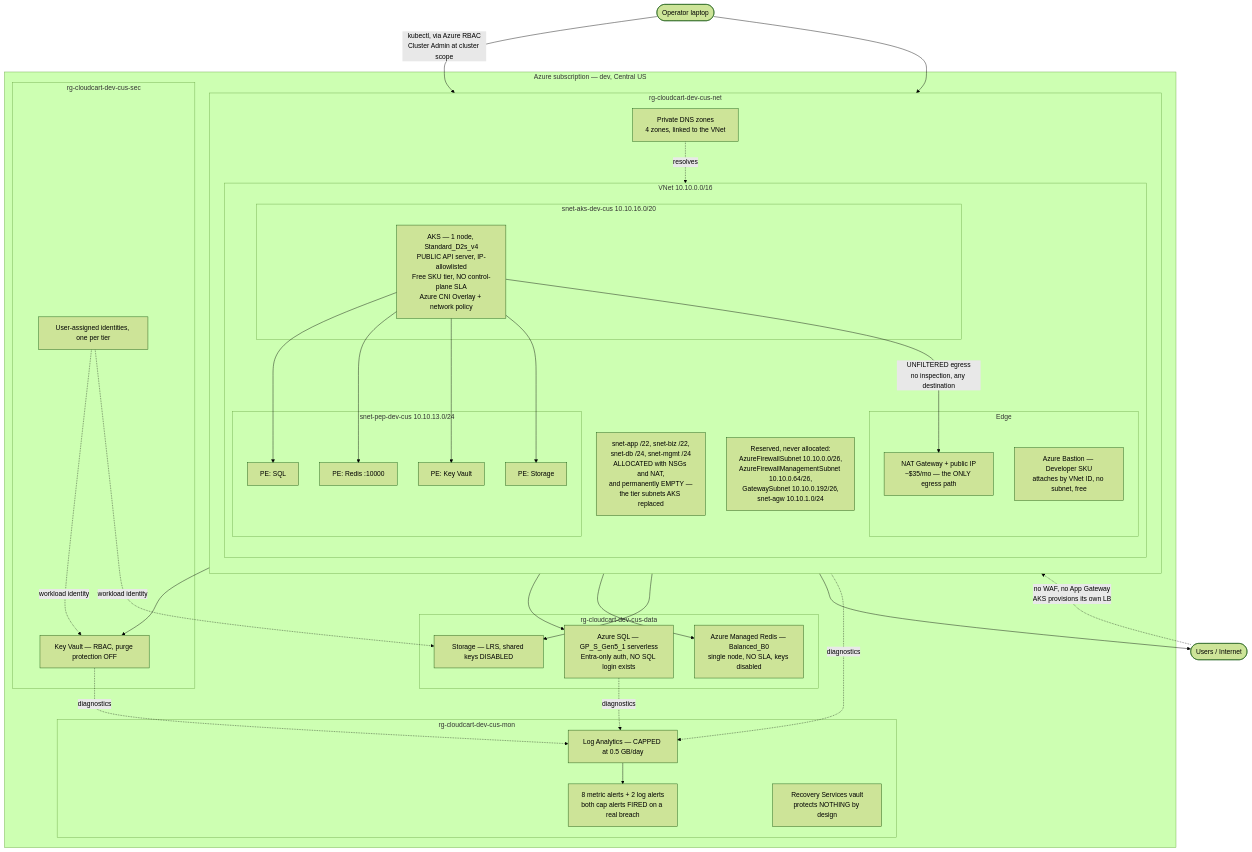
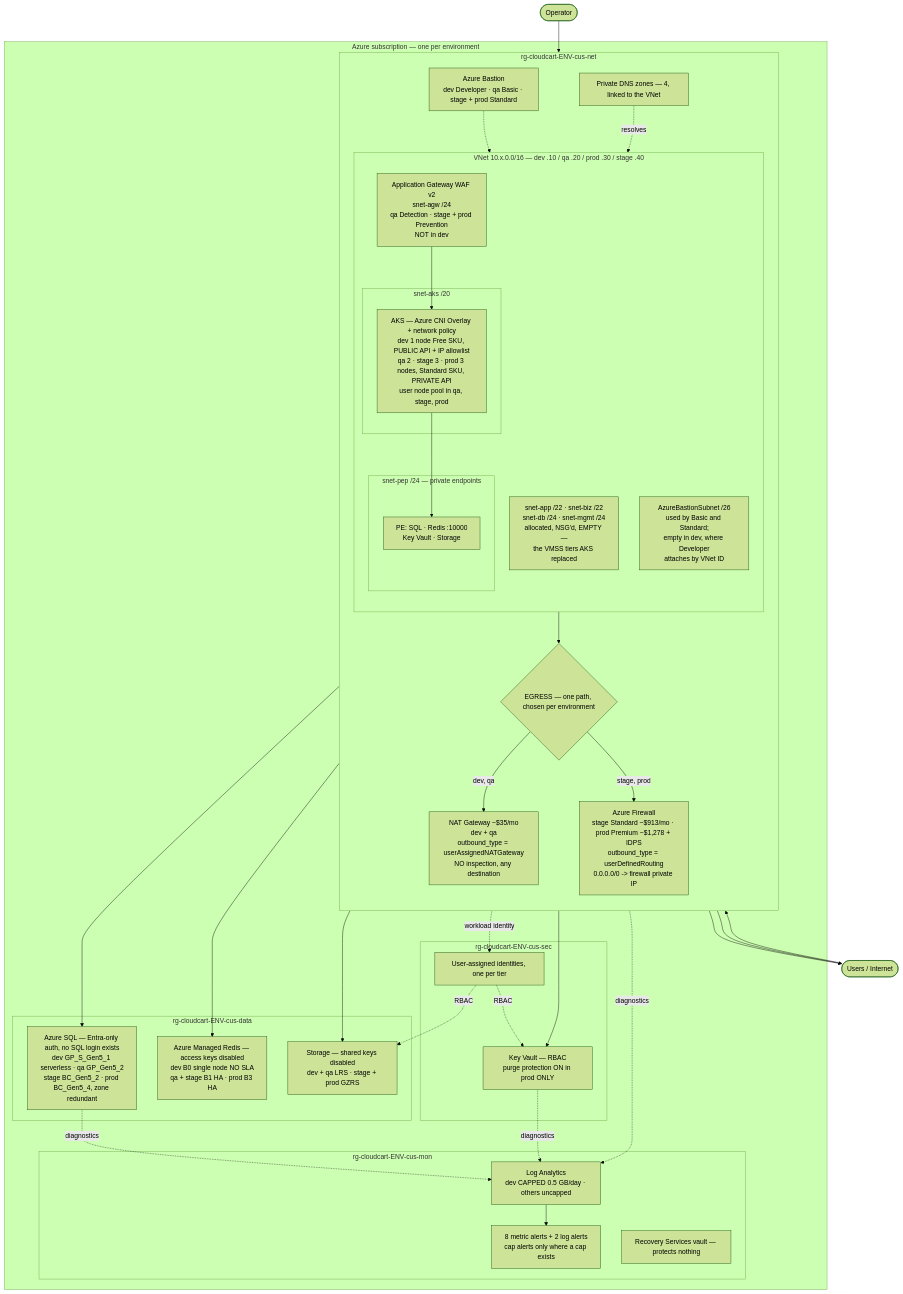
One commit to ravisinghrajput95/Azure-Terraform changed the diagram in README.md. Above: the diagram before and after it, drawn with Mermaid (forest theme). The commit also changed other lines of this file and 1 other file, not shown here.

````diff
--- a/README.md
+++ b/README.md
@@ -37,73 +34,77 @@
 ```mermaid
 flowchart TB
     Users(["Users / Internet"])
-    Ops(["Operator laptop"])
+    Ops(["Operator"])
 
-    subgraph SUB["Azure subscription — dev, Central US"]
+    subgraph SUB["Azure subscription — one per environment"]
 
-        subgraph RGNET["rg-cloudcart-dev-cus-net"]
+        subgraph RGNET["rg-cloudcart-ENV-cus-net"]
             direction TB
-            subgraph VNET["VNet 10.10.0.0/16"]
+
+            subgraph VNET["VNet 10.x.0.0/16 — dev .10 / qa .20 / prod .30 / stage .40"]
                 direction TB
 
-                subgraph EDGE["Edge"]
-                    BAS["Azure Bastion — Developer SKU<br/>attaches by VNet ID, no subnet, free"]
-                    NAT["NAT Gateway + public IP<br/>~$35/mo — the ONLY egress path"]
+                AGW["Application Gateway WAF v2<br/>snet-agw /24<br/>qa Detection · stage + prod Prevention<br/>NOT in dev"]
+
+                subgraph AKSNET["snet-aks /20"]
+                    AKS["AKS — Azure CNI Overlay + network policy<br/>dev 1 node Free SKU, PUBLIC API + IP allowlist<br/>qa 2 · stage 3 · prod 3 nodes, Standard SKU, PRIVATE API<br/>user node pool in qa, stage, prod"]
                 end
 
-                subgraph AKSNET["snet-aks-dev-cus 10.10.16.0/20"]
-                    AKS["AKS — 1 node, Standard_D2s_v4<br/>PUBLIC API server, IP-allowlisted<br/>Free SKU tier, NO control-plane SLA<br/>Azure CNI Overlay + network policy"]
+                TIERS["snet-app /22 · snet-biz /22<br/>snet-db /24 · snet-mgmt /24<br/>allocated, NSG'd, EMPTY —<br/>the VMSS tiers AKS replaced"]
+
+                subgraph PEP["snet-pep /24 — private endpoints"]
+                    PE["PE: SQL · Redis :10000<br/>Key Vault · Storage"]
                 end
 
-                subgraph PEP["snet-pep-dev-cus 10.10.13.0/24"]
-                    PESQL["PE: SQL"]
-                    PERDS["PE: Redis :10000"]
-                    PEKV["PE: Key Vault"]
-                    PEST["PE: Storage"]
-                end
+                BASSN["AzureBastionSubnet /26<br/>used by Basic and Standard;<br/>empty in dev, where Developer<br/>attaches by VNet ID"]
+            end
 
-                EMPTY["snet-app /22, snet-biz /22,<br/>snet-db /24, snet-mgmt /24<br/>ALLOCATED with NSGs and NAT,<br/>and permanently EMPTY —<br/>the tier subnets AKS replaced"]
-                RESV["Reserved, never allocated:<br/>AzureFirewallSubnet 10.10.0.0/26,<br/>AzureFirewallManagementSubnet 10.10.0.64/26,<br/>GatewaySubnet 10.10.0.192/26,<br/>snet-agw 10.10.1.0/24"]
-            end
-            PDNS["Private DNS zones<br/>4 zones, linked to the VNet"]
+            EGRESS{"EGRESS — one path, chosen per environment"}
+            NATGW["NAT Gateway ~$35/mo<br/>dev + qa<br/>outbound_type = userAssignedNATGateway<br/>NO inspection, any destination"]
+            AFW["Azure Firewall<br/>stage Standard ~$913/mo · prod Premium ~$1,278 + IDPS<br/>outbound_type = userDefinedRouting<br/>0.0.0.0/0 -> firewall private IP"]
+
+            BAS["Azure Bastion<br/>dev Developer · qa Basic · stage + prod Standard"]
+            PDNS["Private DNS zones — 4, linked to the VNet"]
         end
 
-        subgraph RGDATA["rg-cloudcart-dev-cus-data"]
-            SQL["Azure SQL — GP_S_Gen5_1 serverless<br/>Entra-only auth, NO SQL login exists"]
-            RDS["Azure Managed Redis — Balanced_B0<br/>single node, NO SLA, keys disabled"]
-            ST["Storage — LRS, shared keys DISABLED"]
+        subgraph RGDATA["rg-cloudcart-ENV-cus-data"]
+            SQL["Azure SQL — Entra-only auth, no SQL login exists<br/>dev GP_S_Gen5_1 serverless · qa GP_Gen5_2<br/>stage BC_Gen5_2 · prod BC_Gen5_4, zone redundant"]
+            RDS["Azure Managed Redis — access keys disabled<br/>dev B0 single node NO SLA<br/>qa + stage B1 HA · prod B3 HA"]
+            ST["Storage — shared keys disabled<br/>dev + qa LRS · stage + prod GZRS"]
         end
 
-        subgraph RGSEC["rg-cloudcart-dev-cus-sec"]
-            KV["Key Vault — RBAC, purge protection OFF"]
+        subgraph RGSEC["rg-cloudcart-ENV-cus-sec"]
+            KV["Key Vault — RBAC<br/>purge protection ON in prod ONLY"]
             MI["User-assigned identities, one per tier"]
         end
 
-        subgraph RGMON["rg-cloudcart-dev-cus-mon"]
-            LAW["Log Analytics — CAPPED at 0.5 GB/day"]
-            MON["8 metric alerts + 2 log alerts<br/>both cap alerts FIRED on a real breach"]
-            RSV["Recovery Services vault<br/>protects NOTHING by design"]
+        subgraph RGMON["rg-cloudcart-ENV-cus-mon"]
+            LAW["Log Analytics<br/>dev CAPPED 0.5 GB/day · others uncapped"]
+            MON["8 metric alerts + 2 log alerts<br/>cap alerts only where a cap exists"]
+            RSV["Recovery Services vault — protects nothing"]
         end
     end
 
-    Users -.->|"no WAF, no App Gateway<br/>AKS provisions its own LB"| AKS
-    Ops -->|"kubectl, via Azure RBAC<br/>Cluster Admin at cluster scope"| AKS
+    Users --> AGW
+    AGW --> AKS
     Ops --> BAS
-    AKS --> PESQL
-    AKS --> PERDS
-    AKS --> PEKV
-    AKS --> PEST
-    PESQL --> SQL
-    PERDS --> RDS
-    PEKV --> KV
-    PEST --> ST
+    BAS -.-> AKS
+    AKS --> PE
+    PE --> SQL
+    PE --> RDS
+    PE --> KV
+    PE --> ST
     PDNS -.resolves.-> PEP
-    AKS -->|"UNFILTERED egress<br/>no inspection, any destination"| NAT
-    NAT --> Users
-    MI -.workload identity.-> KV
-    MI -.workload identity.-> ST
+    AKS --> EGRESS
+    EGRESS -->|"dev, qa"| NATGW
+    EGRESS -->|"stage, prod"| AFW
+    NATGW --> Users
+    AFW --> Users
+    AKS -.workload identity.-> MI
+    MI -.RBAC.-> KV
+    MI -.RBAC.-> ST
     AKS -.diagnostics.-> LAW
     SQL -.diagnostics.-> LAW
     KV -.diagnostics.-> LAW
     LAW --> MON
 ```
````
